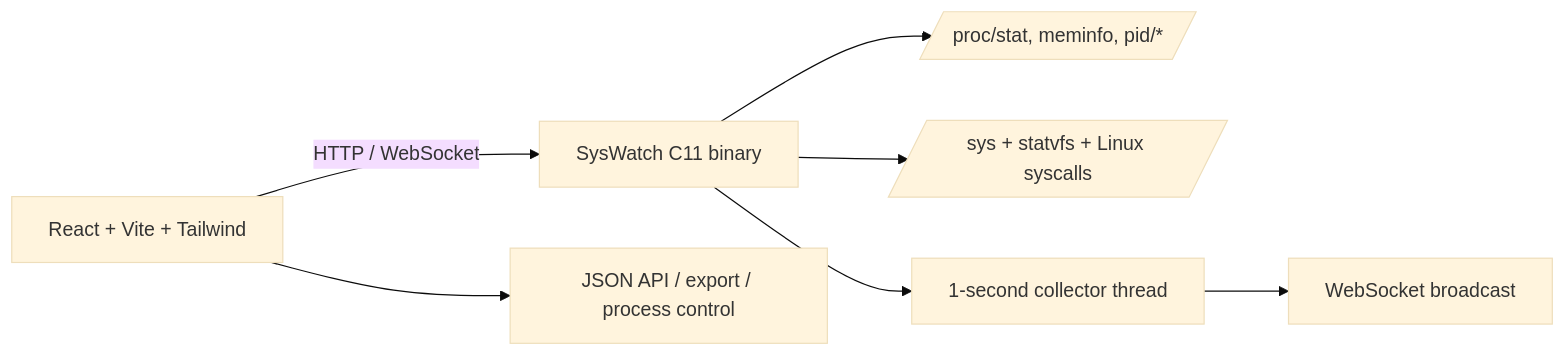
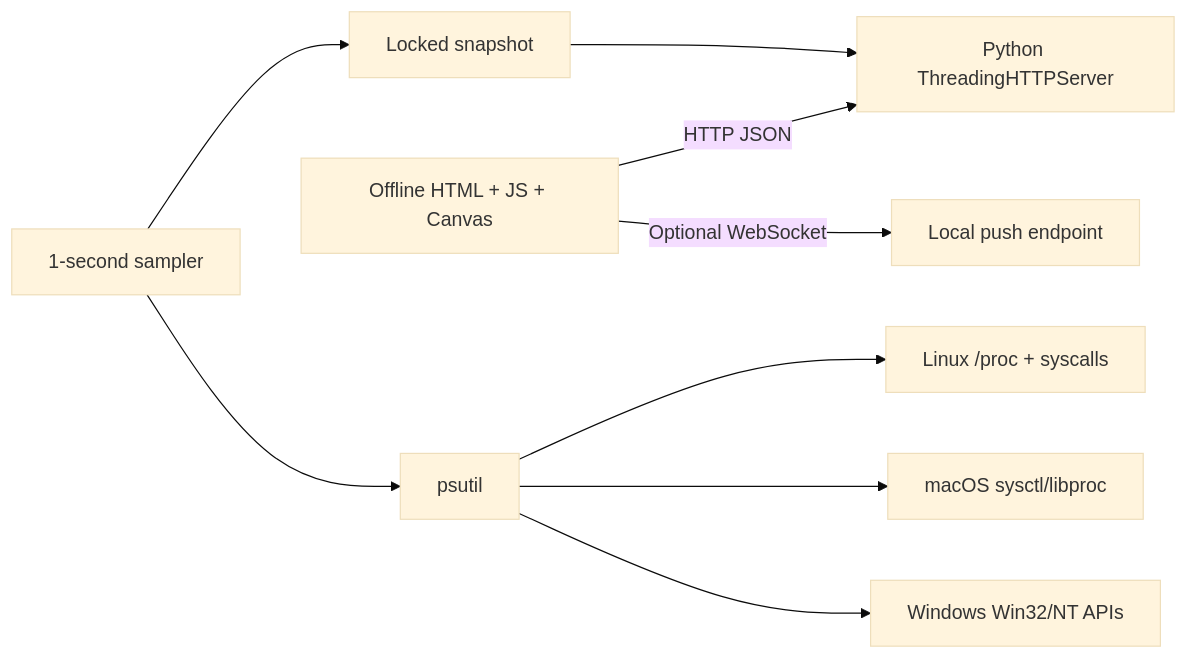
The diagram in README.md (AtharvaK2465-tech/SP), drawn with Mermaid (base theme) before and after one commit. The commit also changed other lines of this file, not shown here.

Commit message:
Update README for cross-platform Python SysWatch

````diff
--- a/README.md
+++ b/README.md
@@ -34,9 +27,11 @@
 ```mermaid
 flowchart LR
-  UI[React + Vite + Tailwind] -->|HTTP / WebSocket| C[SysWatch C11 binary]
-  C --> P[/proc/stat, meminfo, pid/*/]
-  C --> S[/sys + statvfs + Linux syscalls/]
-  C --> COL[1-second collector thread]
-  COL --> WS[WebSocket broadcast]
-  UI --> API[JSON API / export / process control]
+  Browser[Offline HTML + JS + Canvas] -->|HTTP JSON| Server[Python ThreadingHTTPServer]
+  Browser -->|Optional WebSocket| WS[Local push endpoint]
+  Sampler[1-second sampler] --> Snapshot[Locked snapshot]
+  Snapshot --> Server
+  Sampler --> PS[psutil]
+  PS --> Linux[Linux /proc + syscalls]
+  PS --> Mac[macOS sysctl/libproc]
+  PS --> Win[Windows Win32/NT APIs]
 ```
````
